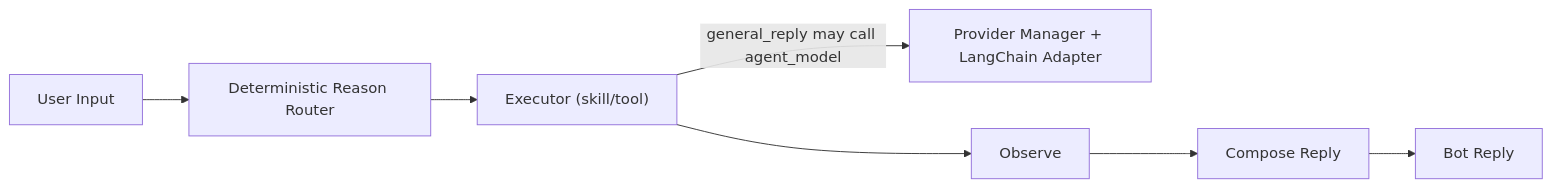
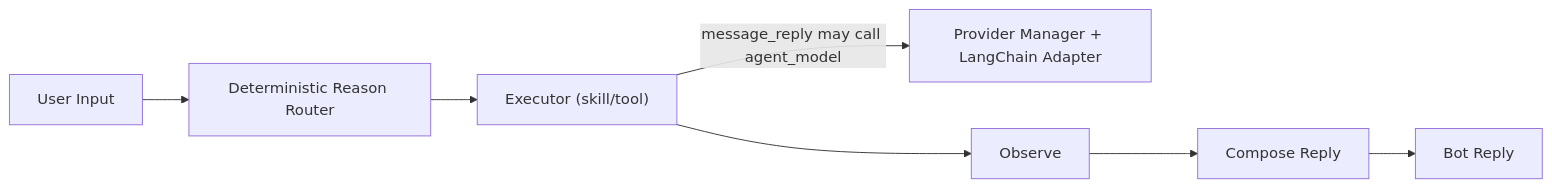
One commit to nigelleong0703/teambot changed the first of 2 diagrams in docs/agent-runtime-architecture.md. Above: the diagram before and after it, drawn with Mermaid. The commit also changed 15 other files, not shown here.

Commit message:
refactor: rename default message tool to message_reply and remove legacy skill pack

````diff
--- a/docs/agent-runtime-architecture.md
+++ b/docs/agent-runtime-architecture.md
@@ -5,9 +5,9 @@
 ```mermaid
 flowchart LR
   U["User Input"] --> R["Deterministic Reason Router"]
   R --> X["Executor (skill/tool)"]
-  X -->|"general_reply may call agent_model"| M["Provider Manager + LangChain Adapter"]
+  X -->|"message_reply may call agent_model"| M["Provider Manager + LangChain Adapter"]
   X --> O["Observe"]
   O --> C["Compose Reply"]
   C --> U2["Bot Reply"]
 ```
````
